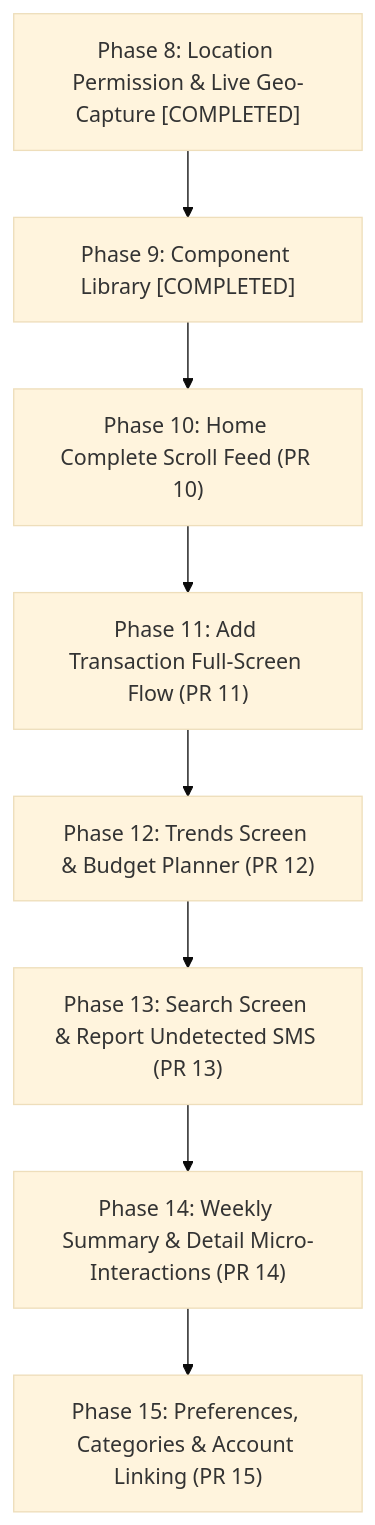
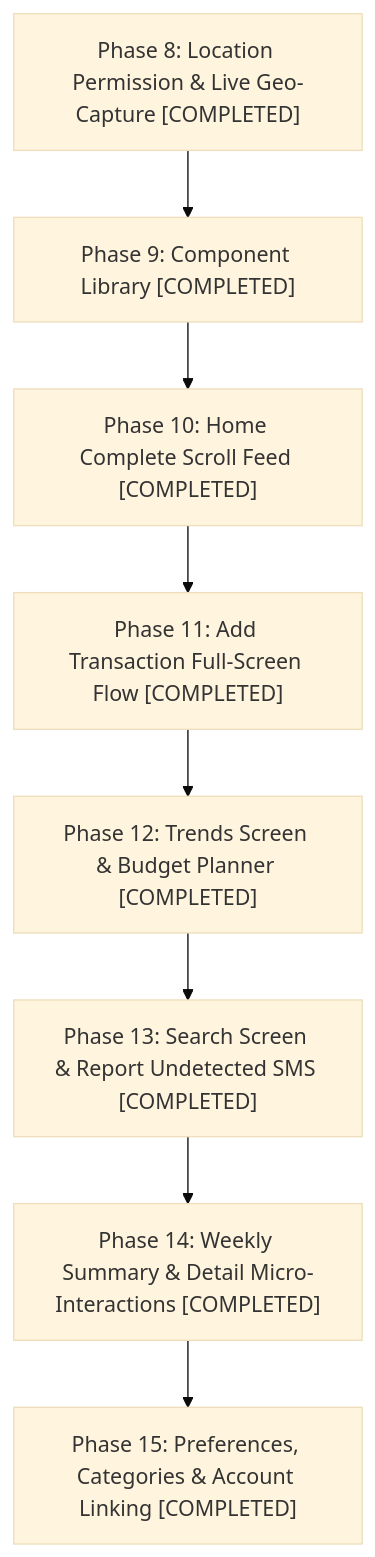
One commit to imkks/Kharcha changed the second of 2 diagrams in docs/AXIO_STYLE_UI_SPEC_AND_PLAN.md. Above: the diagram before and after it, drawn with Mermaid (base theme). The commit also changed other lines of this file and 25 other files, not shown here.

````diff
--- a/docs/AXIO_STYLE_UI_SPEC_AND_PLAN.md
+++ b/docs/AXIO_STYLE_UI_SPEC_AND_PLAN.md
@@ -804,10 +804,10 @@
 ```mermaid
 flowchart TD
     PR8["Phase 8: Location Permission & Live Geo-Capture [COMPLETED]"] --> PR9["Phase 9: Component Library [COMPLETED]"]
-    PR9 --> PR10["Phase 10: Home Complete Scroll Feed (PR 10)"]
-    PR10 --> PR11["Phase 11: Add Transaction Full-Screen Flow (PR 11)"]
-    PR11 --> PR12["Phase 12: Trends Screen & Budget Planner (PR 12)"]
-    PR12 --> PR13["Phase 13: Search Screen & Report Undetected SMS (PR 13)"]
-    PR13 --> PR14["Phase 14: Weekly Summary & Detail Micro-Interactions (PR 14)"]
-    PR14 --> PR15["Phase 15: Preferences, Categories & Account Linking (PR 15)"]
+    PR9 --> PR10["Phase 10: Home Complete Scroll Feed [COMPLETED]"]
+    PR10 --> PR11["Phase 11: Add Transaction Full-Screen Flow [COMPLETED]"]
+    PR11 --> PR12["Phase 12: Trends Screen & Budget Planner [COMPLETED]"]
+    PR12 --> PR13["Phase 13: Search Screen & Report Undetected SMS [COMPLETED]"]
+    PR13 --> PR14["Phase 14: Weekly Summary & Detail Micro-Interactions [COMPLETED]"]
+    PR14 --> PR15["Phase 15: Preferences, Categories & Account Linking [COMPLETED]"]
 ```
````
